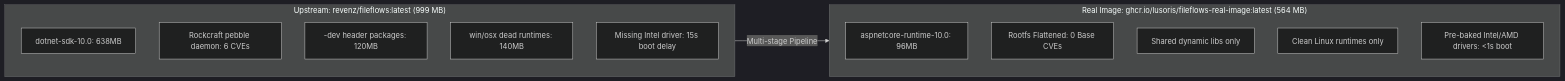
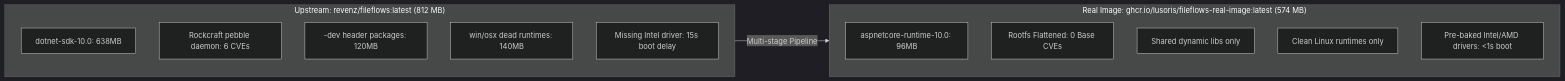
Before and after one commit to lusoris/fileflows-real-image: the diagram in docs/index.md, drawn with Mermaid (dark theme). The commit also changed other lines of this file and 8 other files, not shown here.

````diff
--- a/docs/index.md
+++ b/docs/index.md
@@ -22,20 +22,20 @@
 ```mermaid
 flowchart LR
-    subgraph Upstream["Upstream: revenz/fileflows:latest (999 MB)"]
+    subgraph Upstream["Upstream: revenz/fileflows:latest (812 MB)"]
         A[dotnet-sdk-10.0: 638MB]
         B[Rockcraft pebble daemon: 6 CVEs]
         C[-dev header packages: 120MB]
         D[win/osx dead runtimes: 140MB]
         E[Missing Intel driver: 15s boot delay]
     end
 
-    subgraph RealImage["Real Image: ghcr.io/lusoris/fileflows-real-image:latest (564 MB)"]
+    subgraph RealImage["Real Image: ghcr.io/lusoris/fileflows-real-image:latest (574 MB)"]
         F[aspnetcore-runtime-10.0: 96MB]
         G[Rootfs Flattened: 0 Base CVEs]
         H[Shared dynamic libs only]
         I[Clean Linux runtimes only]
         J[Pre-baked Intel/AMD drivers: <1s boot]
     end
 
     Upstream -->|Multi-stage Pipeline| RealImage
 ```
````
